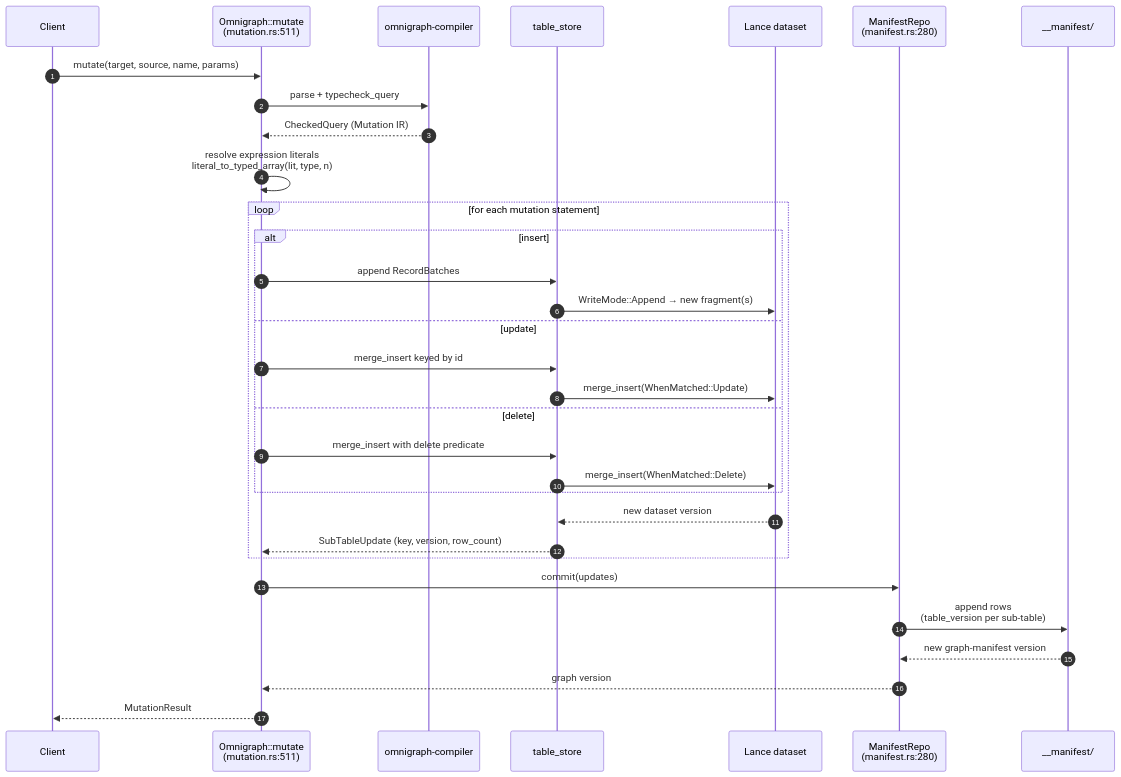
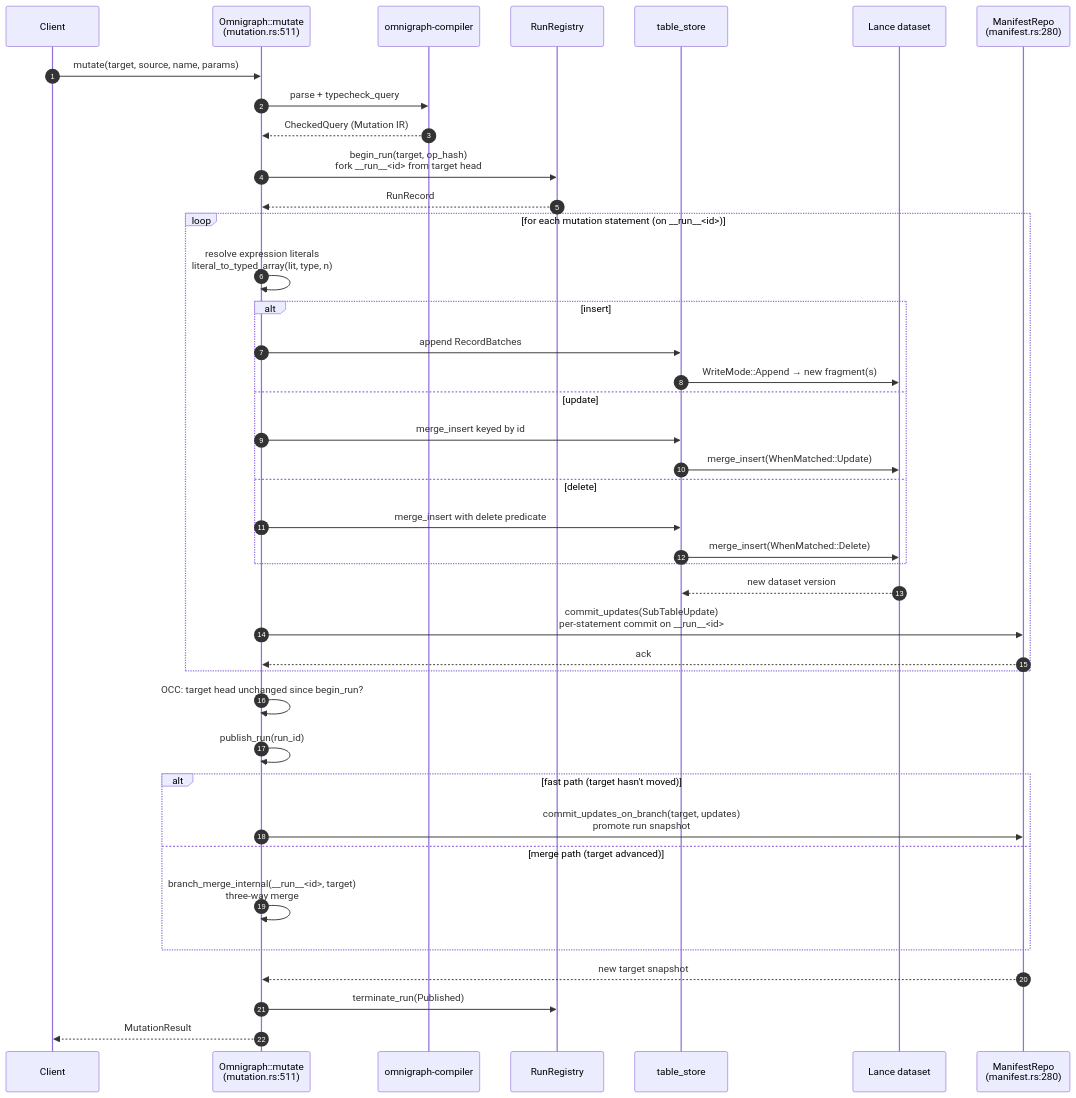
Before and after one commit to ModernRelay/omnigraph: the second of 2 diagrams in docs/execution.md, drawn with Mermaid. The commit also changed other lines of this file, not shown here.

Commit message:
docs/execution: fix mutation atomicity narrative — run-branch + publish_run
The mutation flow diagram and prose previously claimed multi-statement
mutations publish through a single ManifestRepo::commit. That's wrong:
each statement commits independently to a __run__<id> branch via
commit_updates; atomicity comes from the publish_run step that promotes
the run-branch into the target (fast path) or three-way merges it
(merge path).

Diagram now shows:
- begin_run forks __run__<id> from target head
- per-statement commit_updates on the run-branch (loop)
- OCC pre-check on target head
- publish_run with fast-path / merge-path branches
- terminate_run(Published)

Prose now points at runs.md for the full run lifecycle and cites the
correct entry points: mutate_with_current_actor (mutation.rs:539),
publish_run (omnigraph.rs:858).

Addresses Codex review comment on PR #64.

````diff
--- a/docs/execution.md
+++ b/docs/execution.md
@@ -92,35 +92,43 @@
 ```mermaid
 sequenceDiagram
     autonumber
     participant client as Client
     participant og as Omnigraph::mutate<br/>(mutation.rs:511)
     participant cmp as omnigraph-compiler
+    participant runs as RunRegistry
     participant ts as table_store
     participant lance as Lance dataset
     participant mr as ManifestRepo<br/>(manifest.rs:280)
-    participant manifest as __manifest/
 
     client->>og: mutate(target, source, name, params)
     og->>cmp: parse + typecheck_query
     cmp-->>og: CheckedQuery (Mutation IR)
-    og->>og: resolve expression literals<br/>literal_to_typed_array(lit, type, n)
-    loop for each mutation statement
+    og->>runs: begin_run(target, op_hash)<br/>fork __run__<id> from target head
+    runs-->>og: RunRecord
+    loop for each mutation statement (on __run__<id>)
+        og->>og: resolve expression literals<br/>literal_to_typed_array(lit, type, n)
         alt insert
             og->>ts: append RecordBatches
             ts->>lance: WriteMode::Append → new fragment(s)
         else update
             og->>ts: merge_insert keyed by id
             ts->>lance: merge_insert(WhenMatched::Update)
         else delete
             og->>ts: merge_insert with delete predicate
             ts->>lance: merge_insert(WhenMatched::Delete)
         end
         lance-->>ts: new dataset version
-        ts-->>og: SubTableUpdate (key, version, row_count)
+        og->>mr: commit_updates(SubTableUpdate)<br/>per-statement commit on __run__<id>
+        mr-->>og: ack
     end
-    og->>mr: commit(updates)
-    mr->>manifest: append rows<br/>(table_version per sub-table)
-    manifest-->>mr: new graph-manifest version
-    mr-->>og: graph version
+    og->>og: OCC: target head unchanged since begin_run?
+    og->>og: publish_run(run_id)
+    alt fast path (target hasn't moved)
+        og->>mr: commit_updates_on_branch(target, updates)<br/>promote run snapshot
+    else merge path (target advanced)
+        og->>og: branch_merge_internal(__run__<id>, target)<br/>three-way merge
+    end
+    mr-->>og: new target snapshot
+    og->>runs: terminate_run(Published)
     og-->>client: MutationResult
 ```
````
